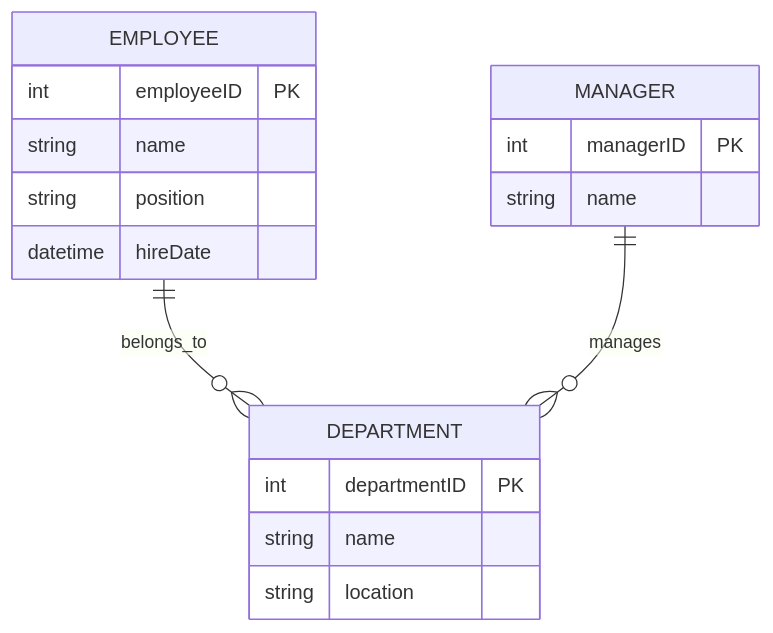
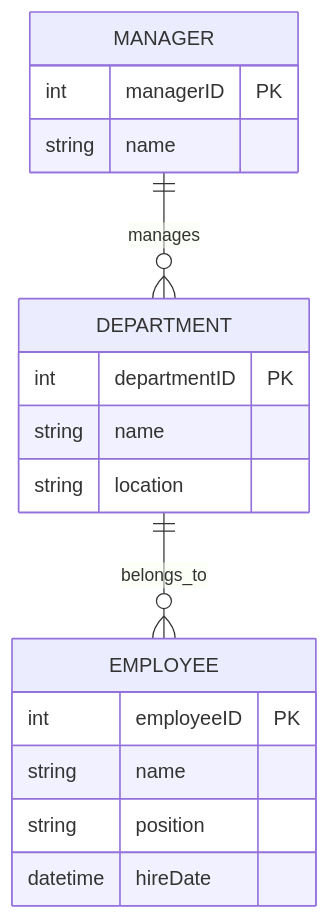
Before and after one commit to payara/ecosystem-starter: the diagram in starter-ui/src/main/webapp/erDiagram/Employee Management.mmd, drawn with Mermaid. The commit also changed 5 other files, not shown here.

```diff
--- a/starter-ui/src/main/webapp/erDiagram/Employee Management.mmd
+++ b/starter-ui/src/main/webapp/erDiagram/Employee Management.mmd
@@ -1,18 +1,18 @@
 erDiagram
-    EMPLOYEE ||--o{ DEPARTMENT : belongs_to
+    DEPARTMENT ||--o{ EMPLOYEE : belongs_to
     EMPLOYEE {
         int employeeID PK
         string name
         string position
         datetime hireDate
     }
     DEPARTMENT {
         int departmentID PK
         string name
         string location				
     }
     MANAGER ||--o{ DEPARTMENT : manages
     MANAGER {
         int managerID PK
         string name
     }
```
